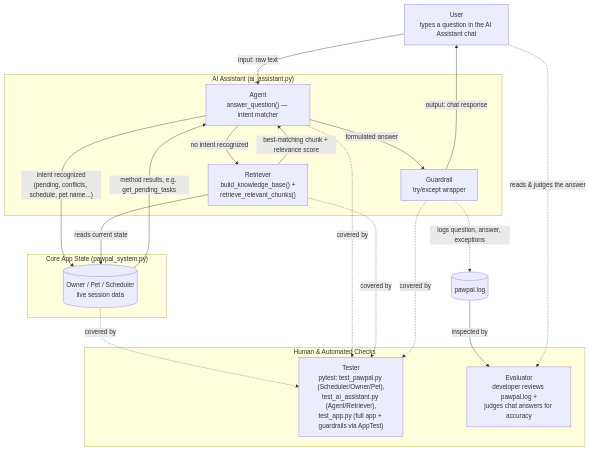
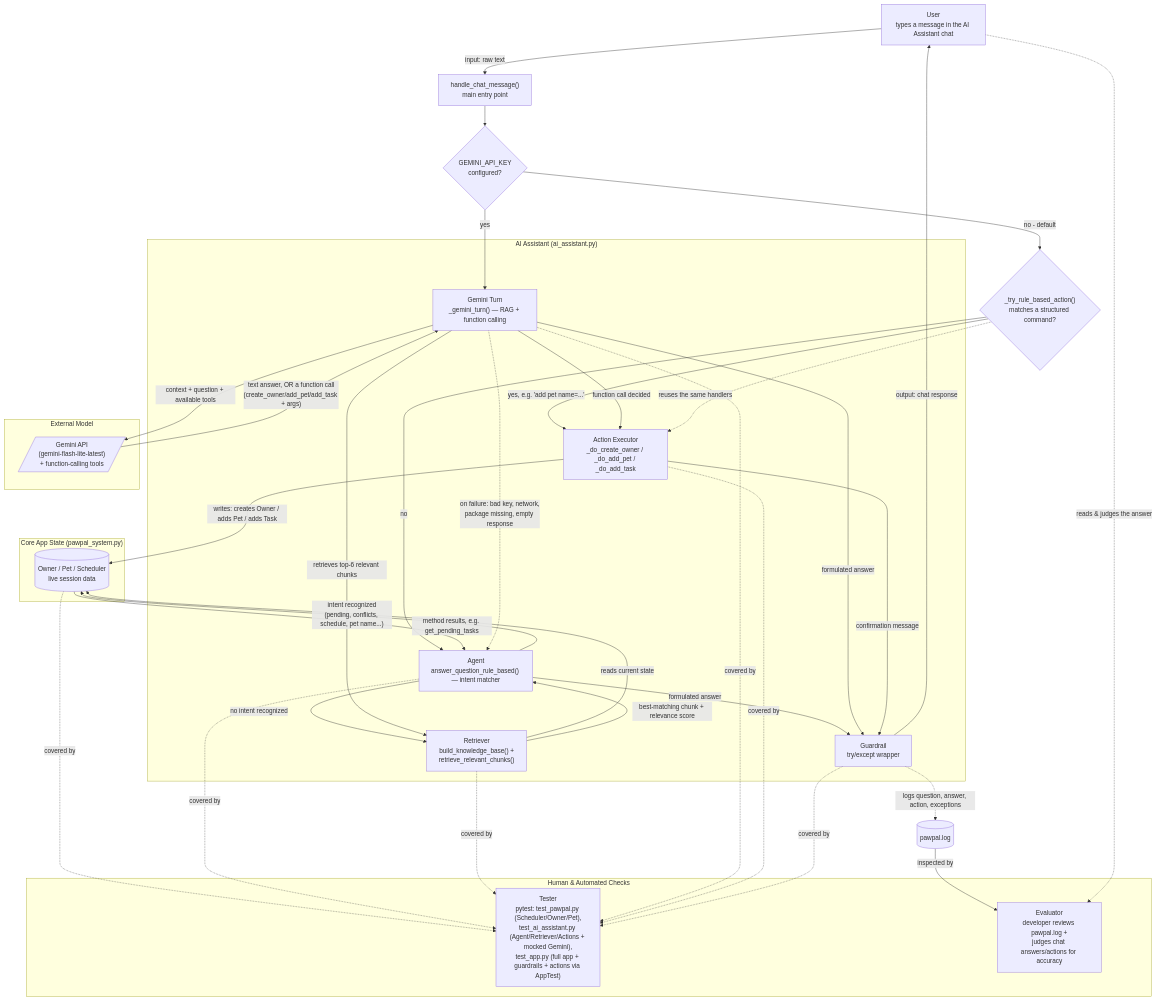
The diagram in diagrams/architecture.mmd (SudeekshaSajjana/applied-ai-system-project), drawn with Mermaid before and after one commit. The commit also changed 8 other files, not shown here.

First line of the commit message:
Add hybrid Gemini/rule-based AI assistant with agentic actions

```diff
--- a/diagrams/architecture.mmd
+++ b/diagrams/architecture.mmd
@@ -1,34 +1,61 @@
 flowchart TD
-    U["User<br/>types a question in the AI Assistant chat"] -->|input: raw text| AGENT
+    U["User<br/>types a message in the AI Assistant chat"] -->|input: raw text| HANDLER["handle_chat_message()<br/>main entry point"]
+
+    HANDLER --> KEYCHECK{"GEMINI_API_KEY<br/>configured?"}
+
+    KEYCHECK -->|no - default| RBACTION{"_try_rule_based_action()<br/>matches a structured command?"}
+    KEYCHECK -->|yes| GEMINI
+
+    RBACTION -->|yes, e.g. 'add pet name=...'| ACTION
+    RBACTION -->|no| AGENT
 
     subgraph AI["AI Assistant (ai_assistant.py)"]
-        AGENT["Agent<br/>answer_question() — intent matcher"]
+        AGENT["Agent<br/>answer_question_rule_based() — intent matcher"]
         RET["Retriever<br/>build_knowledge_base() +<br/>retrieve_relevant_chunks()"]
+        GEMINI["Gemini Turn<br/>_gemini_turn() — RAG + function calling"]
+        ACTION["Action Executor<br/>_do_create_owner / _do_add_pet / _do_add_task"]
         GUARD["Guardrail<br/>try/except wrapper"]
+    end
+
+    subgraph EXTERNAL["External Model"]
+        GEMINIAPI[/"Gemini API<br/>(gemini-flash-lite-latest)<br/>+ function-calling tools"/]
     end
 
     subgraph APP["Core App State (pawpal_system.py)"]
         DATA[("Owner / Pet / Scheduler<br/>live session data")]
     end
 
     AGENT -->|"intent recognized<br/>(pending, conflicts, schedule, pet name...)"| DATA
     AGENT -->|no intent recognized| RET
     RET -->|reads current state| DATA
     DATA -->|method results, e.g. get_pending_tasks| AGENT
     RET -->|best-matching chunk + relevance score| AGENT
 
+    GEMINI -->|retrieves top-6 relevant chunks| RET
+    GEMINI -->|context + question + available tools| GEMINIAPI
+    GEMINIAPI -->|"text answer, OR a function call<br/>(create_owner/add_pet/add_task + args)"| GEMINI
+    GEMINI -->|function call decided| ACTION
+    GEMINI -.->|"on failure: bad key, network,<br/>package missing, empty response"| AGENT
+
+    ACTION -->|"writes: creates Owner / adds Pet / adds Task"| DATA
+    RBACTION -.->|reuses the same handlers| ACTION
+
     AGENT -->|formulated answer| GUARD
+    GEMINI -->|formulated answer| GUARD
+    ACTION -->|confirmation message| GUARD
     GUARD -->|output: chat response| U
-    GUARD -.->|logs question, answer, exceptions| LOG[("pawpal.log")]
+    GUARD -.->|logs question, answer, action, exceptions| LOG[("pawpal.log")]
 
     subgraph CHECK["Human & Automated Checks"]
-        TESTER["Tester<br/>pytest: test_pawpal.py (Scheduler/Owner/Pet),<br/>test_ai_assistant.py (Agent/Retriever),<br/>test_app.py (full app + guardrails via AppTest)"]
-        EVAL["Evaluator<br/>developer reviews pawpal.log +<br/>judges chat answers for accuracy"]
+        TESTER["Tester<br/>pytest: test_pawpal.py (Scheduler/Owner/Pet),<br/>test_ai_assistant.py (Agent/Retriever/Actions + mocked Gemini),<br/>test_app.py (full app + guardrails + actions via AppTest)"]
+        EVAL["Evaluator<br/>developer reviews pawpal.log +<br/>judges chat answers/actions for accuracy"]
     end
 
     DATA -.->|covered by| TESTER
     AGENT -.->|covered by| TESTER
     RET -.->|covered by| TESTER
+    GEMINI -.->|covered by| TESTER
+    ACTION -.->|covered by| TESTER
     GUARD -.->|covered by| TESTER
     LOG -->|inspected by| EVAL
     U -.->|reads & judges the answer| EVAL
```
